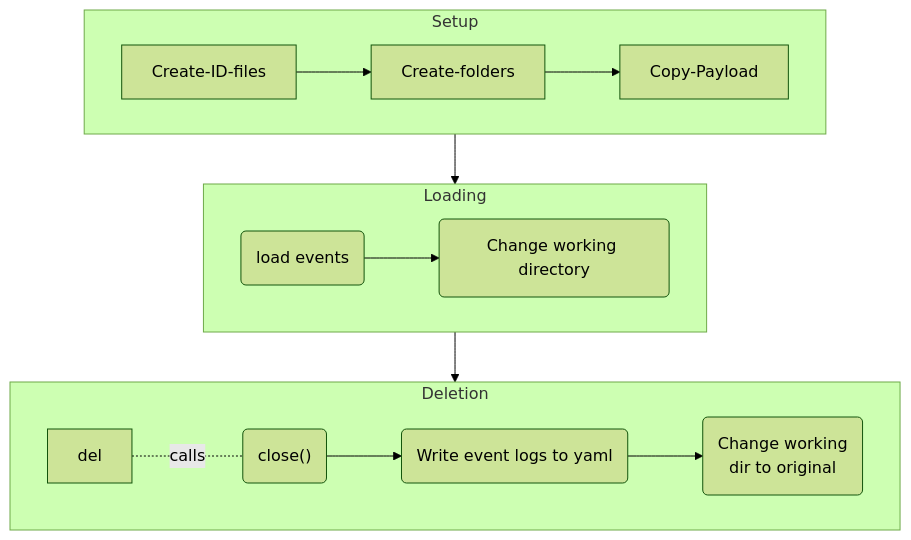
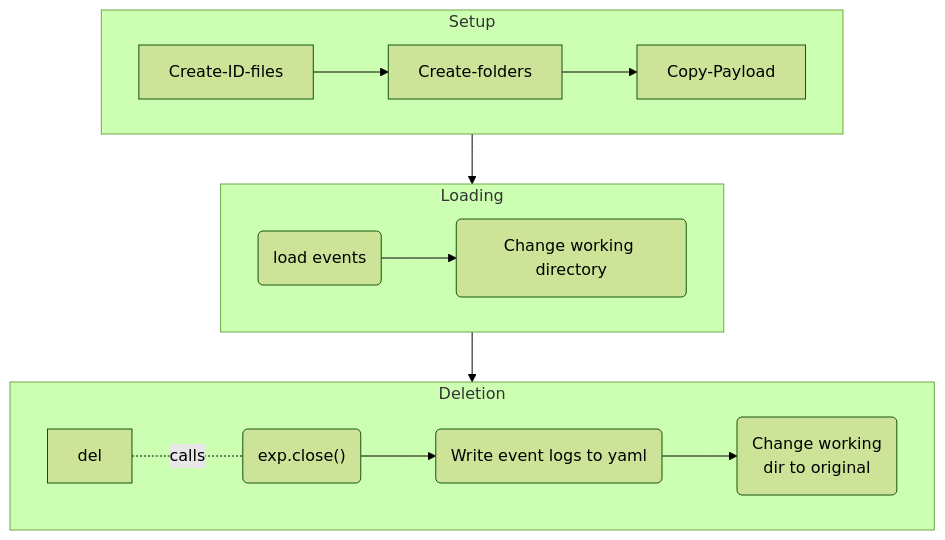
The first of 4 diagrams in README.md (Trappy-Scopes/trappyscopes), drawn with Mermaid (forest theme) before and after one commit. The commit also changed other lines of this file and 7 other files, not shown here.

````diff
--- a/README.md
+++ b/README.md
@@ -38,17 +88,17 @@
 ```mermaid
 flowchart
 	
 	subgraph Setup
 		Create-ID-files --> Create-folders --> Copy-Payload
 	end
 	
 	subgraph Loading
 		load(load events) --> CWD(Change working directory)
 	end
 	
 	subgraph Deletion
-		del -.calls.- close("close()") --> Logs(Write event logs to yaml) --> CWDB(Change working <br>dir to original)
+		del -.calls.- close("exp.close()") --> Logs(Write event logs to yaml) --> CWDB(Change working <br>dir to original)
 	end
 	
 	Setup --> Loading --> Deletion
 ```
````
